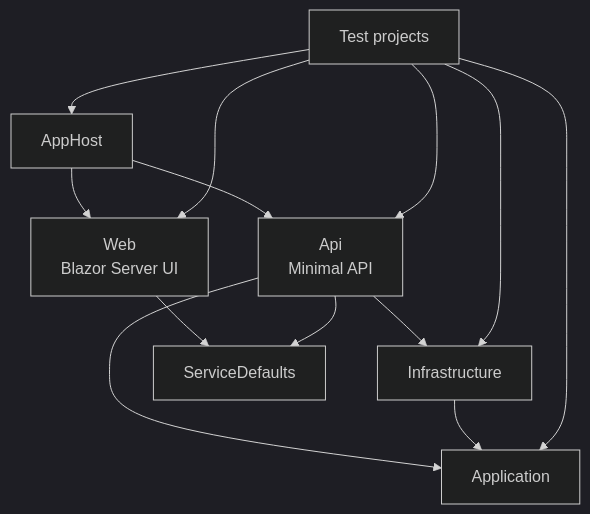
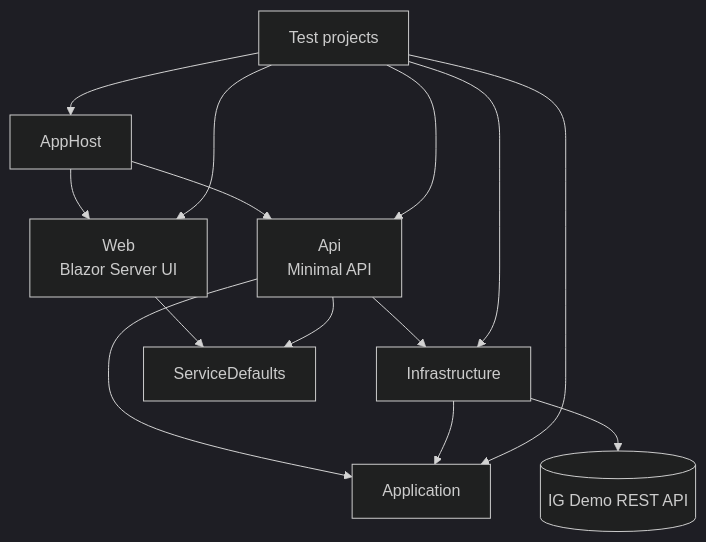
The first of 4 diagrams in docs/wiki/architecture.md (MartynFewtrell/TNC.Trading.Platform), drawn with Mermaid (dark theme) before and after one commit. The commit also changed other lines of this file and 49 other files, not shown here.

````diff
--- a/docs/wiki/architecture.md
+++ b/docs/wiki/architecture.md
@@ -18,23 +18,25 @@
 ```mermaid
 flowchart TD
     AppHost[AppHost]
     Web[Web\nBlazor Server UI]
     Api[Api\nMinimal API]
     App[Application]
     Infra[Infrastructure]
+    IgDemo[(IG Demo REST API)]
     Defaults[ServiceDefaults]
     Tests[Test projects]
 
     AppHost --> Web
     AppHost --> Api
     Web --> Defaults
     Api --> Defaults
     Api --> App
     Api --> Infra
     Infra --> App
+    Infra --> IgDemo
     Tests --> AppHost
     Tests --> Web
     Tests --> Api
     Tests --> App
     Tests --> Infra
 ```
````
